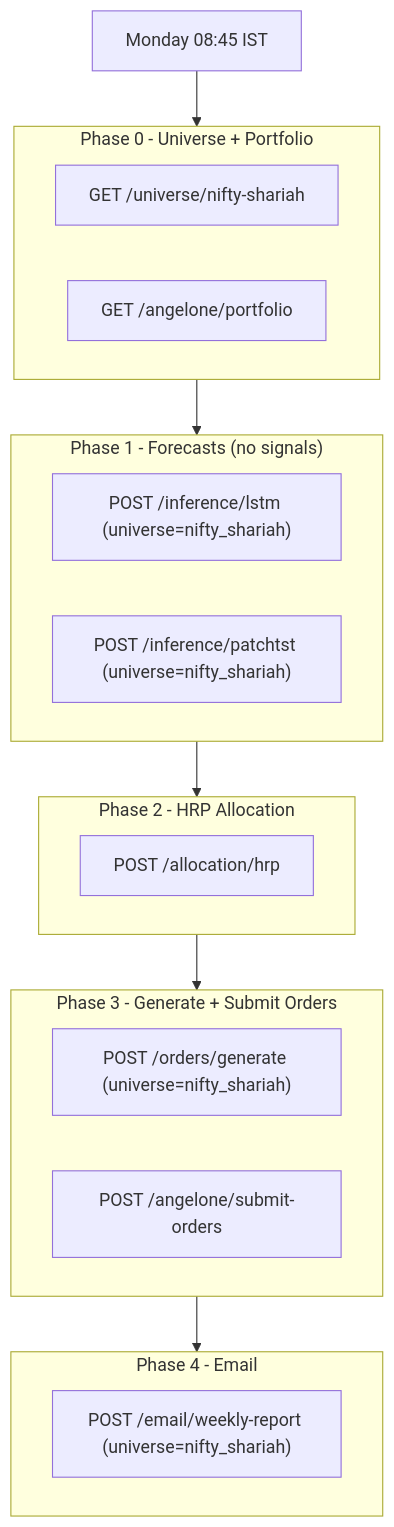
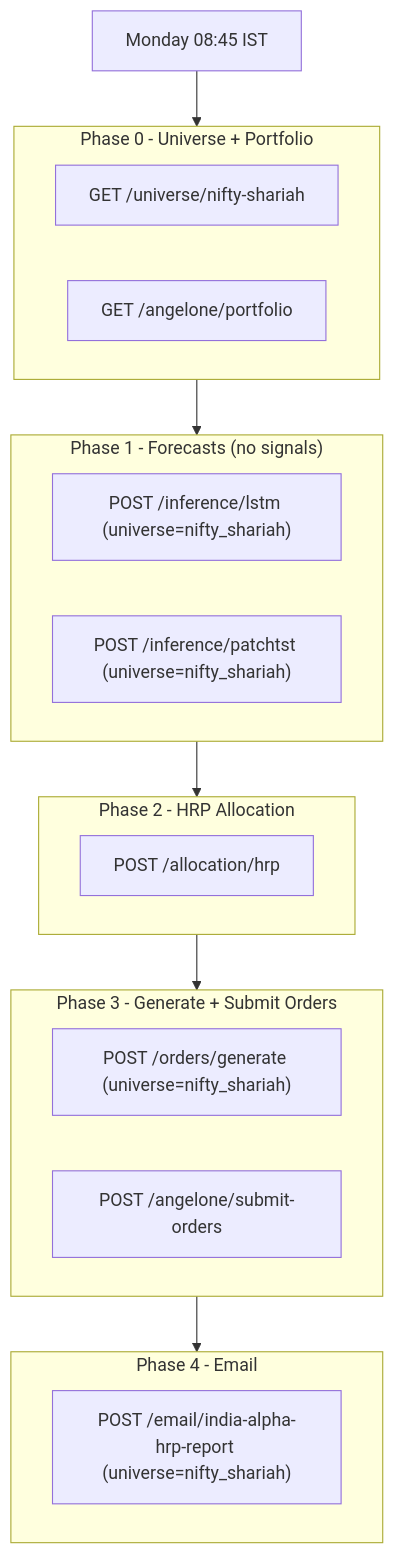
One commit to hajirazin/LearnFinance-2025 changed the second of 2 diagrams in brain_api/docs/india_multi_market_plan.md. Above: the diagram before and after it, drawn with Mermaid. The commit also changed 23 other files, not shown here.

````diff
--- a/brain_api/docs/india_multi_market_plan.md
+++ b/brain_api/docs/india_multi_market_plan.md
@@ -280,35 +280,35 @@
 ```mermaid
 flowchart TD
     Trigger["Monday 08:45 IST"] --> Phase0
 
     subgraph Phase0["Phase 0 - Universe + Portfolio"]
         GetNiftyShariah["GET /universe/nifty-shariah"]
         GetHRPPortfolio["GET /angelone/portfolio"]
     end
 
     Phase0 --> Phase1
 
     subgraph Phase1["Phase 1 - Forecasts (no signals)"]
         LSTMForecast["POST /inference/lstm (universe=nifty_shariah)"]
         PatchTSTForecast["POST /inference/patchtst (universe=nifty_shariah)"]
     end
 
     Phase1 --> Phase2
 
     subgraph Phase2["Phase 2 - HRP Allocation"]
         HRP["POST /allocation/hrp"]
     end
 
     Phase2 --> Phase3
 
     subgraph Phase3["Phase 3 - Generate + Submit Orders"]
         GenOrders["POST /orders/generate (universe=nifty_shariah)"]
         SubmitOrders["POST /angelone/submit-orders"]
     end
 
     Phase3 --> Phase4
 
     subgraph Phase4["Phase 4 - Email"]
-        SendEmail["POST /email/weekly-report (universe=nifty_shariah)"]
+        SendEmail["POST /email/india-alpha-hrp-report (universe=nifty_shariah)"]
     end
 ```
````
